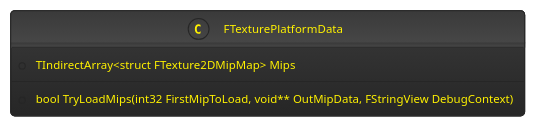
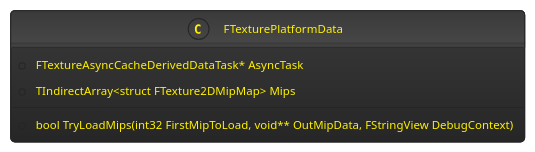
One commit to yuanlin2008/Notes changed the diagram in Texture.md. Above: the diagram before and after it, drawn with PlantUML. The commit also changed other lines of this file, not shown here.

````diff
--- a/Texture.md
+++ b/Texture.md
@@ -2,8 +2,9 @@
 ```puml
 !theme black-knight
 
 class FTexturePlatformData{
+    +FTextureAsyncCacheDerivedDataTask* AsyncTask
     +TIndirectArray<struct FTexture2DMipMap> Mips
     +bool TryLoadMips(int32 FirstMipToLoad, void** OutMipData, FStringView DebugContext)
 }
 ```
````
